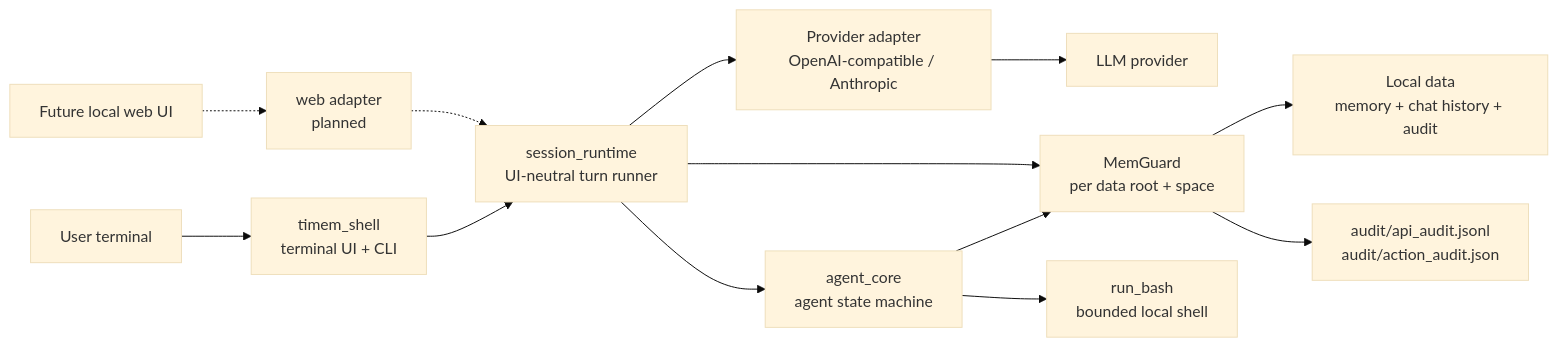
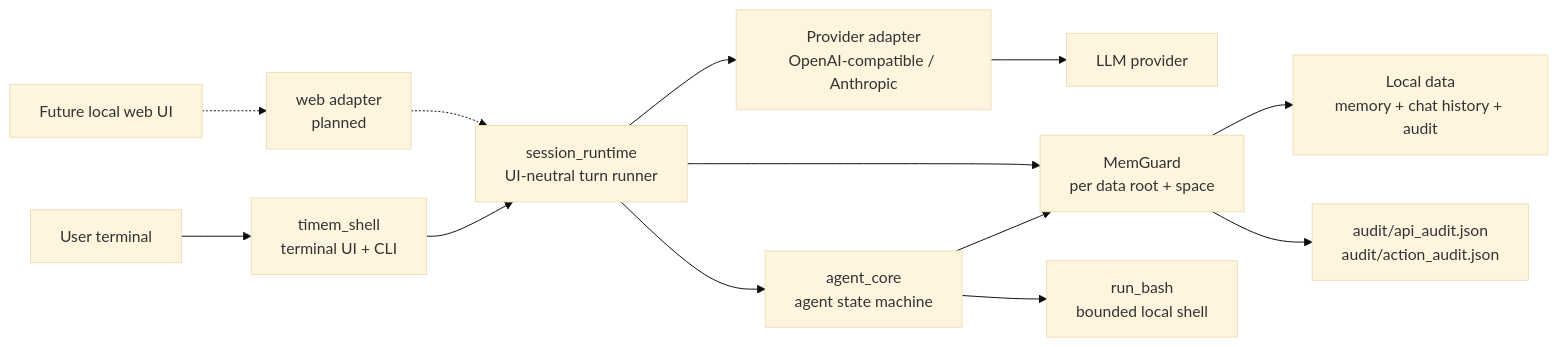
Before and after one commit to moliam/TimemAi: the first of 4 diagrams in docs/architecture.md, drawn with Mermaid (base theme). The commit also changed other lines of this file and 33 other files, not shown here.

````diff
--- a/docs/architecture.md
+++ b/docs/architecture.md
@@ -18,15 +18,15 @@
 ```mermaid
 flowchart LR
     User["User terminal"] --> Shell["timem_shell\nterminal UI + CLI"]
     Browser["Future local web UI"] -.-> Web["web adapter\nplanned"]
     Shell --> Runtime["session_runtime\nUI-neutral turn runner"]
     Web -.-> Runtime
     Runtime --> Provider["Provider adapter\nOpenAI-compatible / Anthropic"]
     Provider --> LLM["LLM provider"]
     Runtime --> Core["agent_core\nagent state machine"]
     Core --> Guard["MemGuard\nper data root + space"]
     Runtime --> Guard
     Guard --> Store["Local data\nmemory + chat history + audit"]
     Core --> Bash["run_bash\nbounded local shell"]
-    Guard --> Audit["audit/api_audit.jsonl\naudit/action_audit.json"]
+    Guard --> Audit["audit/api_audit.json\naudit/action_audit.json"]
 ```
````
